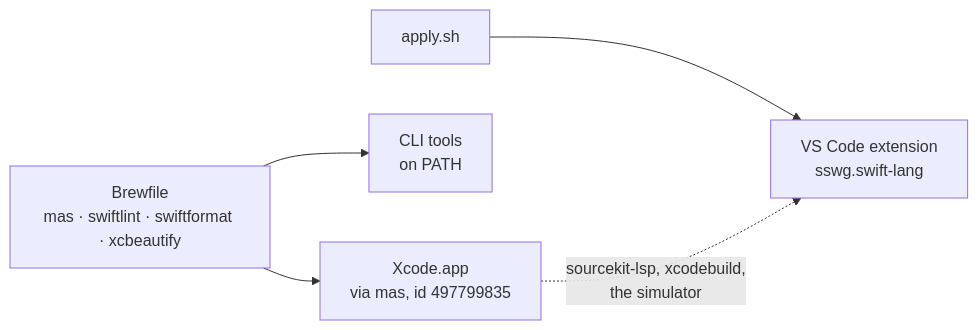
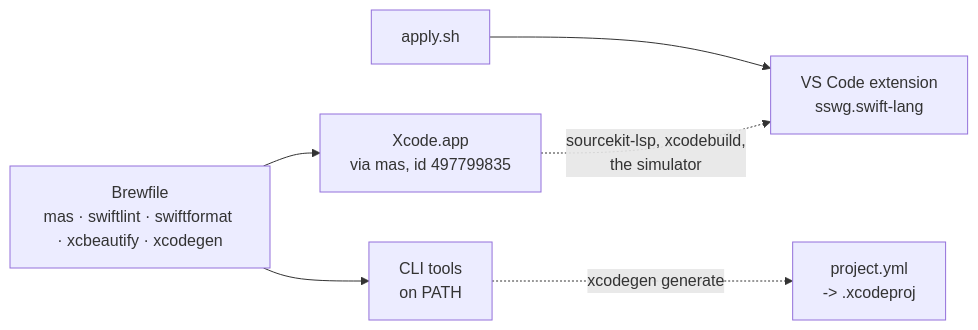
One commit to martinzachariassen/dotfiles changed the diagram in modules/swift/README.md. Above: the diagram before and after it, drawn with Mermaid. The commit also changed other lines of this file and 3 other files, not shown here.

First line of the commit message:
feat(swift): add XcodeGen for project config without .xcodeproj by hand

````diff
--- a/modules/swift/README.md
+++ b/modules/swift/README.md
@@ -10,7 +10,8 @@
 ```mermaid
 flowchart LR
-  B["Brewfile<br/>mas · swiftlint · swiftformat · xcbeautify"] --> X["Xcode.app<br/>via mas, id 497799835"]
+  B["Brewfile<br/>mas · swiftlint · swiftformat · xcbeautify · xcodegen"] --> X["Xcode.app<br/>via mas, id 497799835"]
   B --> T["CLI tools<br/>on PATH"]
   A["apply.sh"] --> E["VS Code extension<br/>sswg.swift-lang"]
   X -. "sourcekit-lsp, xcodebuild,<br/>the simulator" .-> E
+  T -. "xcodegen generate" .-> P["project.yml<br/>-> .xcodeproj"]
 ```
````
